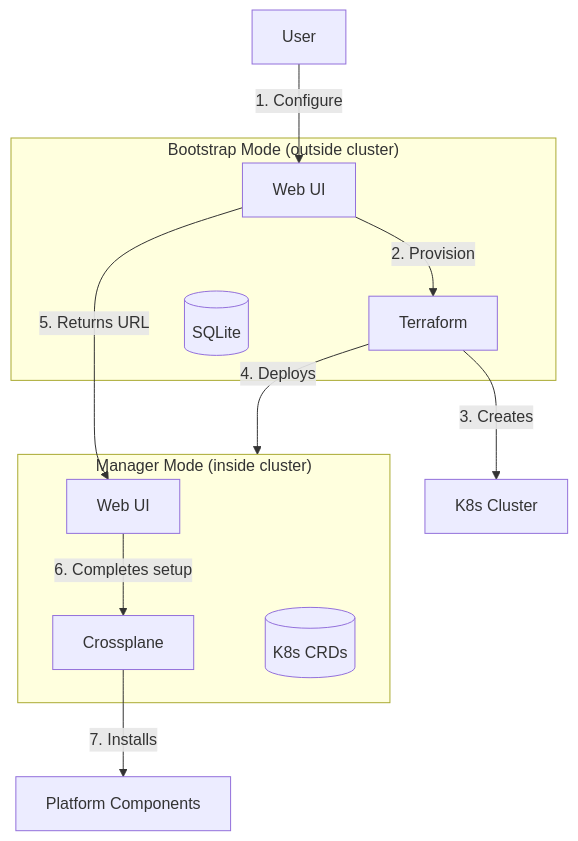
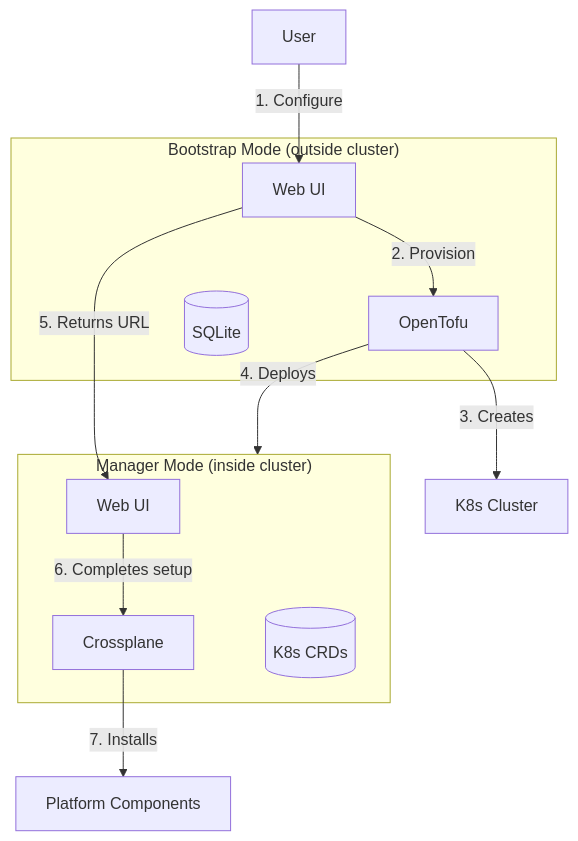
One commit to openova-io/openova changed the diagram in core/README.md. Above: the diagram before and after it, drawn with Mermaid. The commit also changed other lines of this file and 50 other files, not shown here.

````diff
--- a/core/README.md
+++ b/core/README.md
@@ -18,22 +18,22 @@
 ```mermaid
 flowchart TB
     subgraph Bootstrap["Bootstrap Mode (outside cluster)"]
         UI1[Web UI]
-        TF[Terraform]
+        TF[OpenTofu]
         SQLite[(SQLite)]
     end
 
     subgraph Manager["Manager Mode (inside cluster)"]
         UI2[Web UI]
         XP[Crossplane]
         CRD[(K8s CRDs)]
     end
 
     User -->|"1. Configure"| UI1
     UI1 -->|"2. Provision"| TF
     TF -->|"3. Creates"| K8s[K8s Cluster]
     TF -->|"4. Deploys"| Manager
     UI1 -->|"5. Returns URL"| UI2
     UI2 -->|"6. Completes setup"| XP
     XP -->|"7. Installs"| Components[Platform Components]
 ```
````
